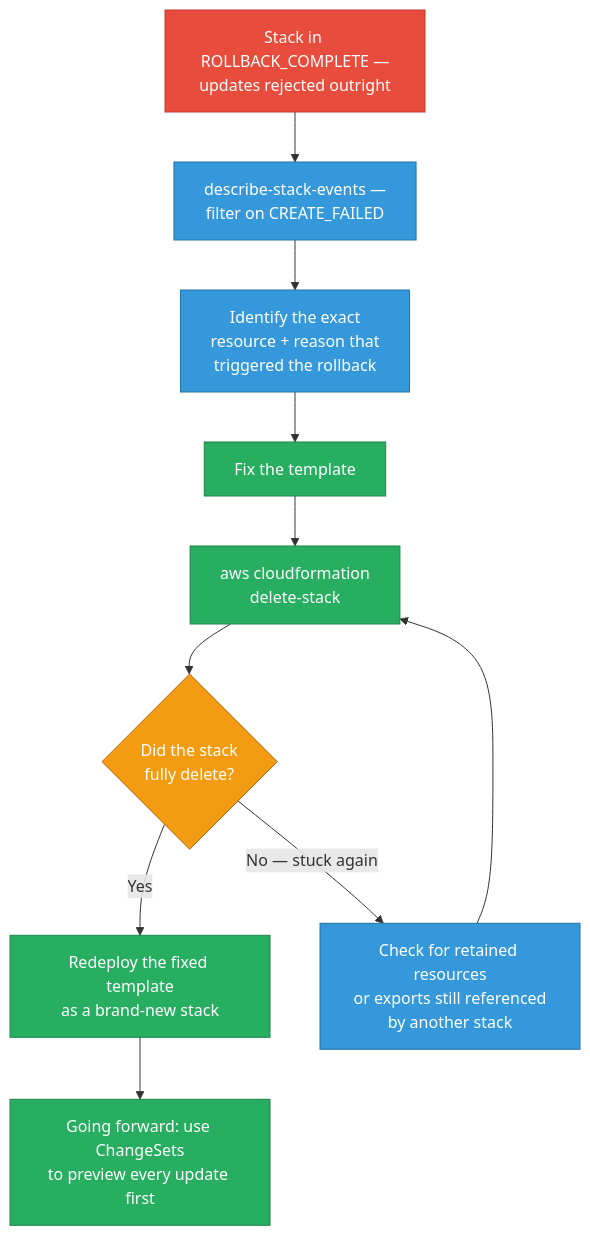
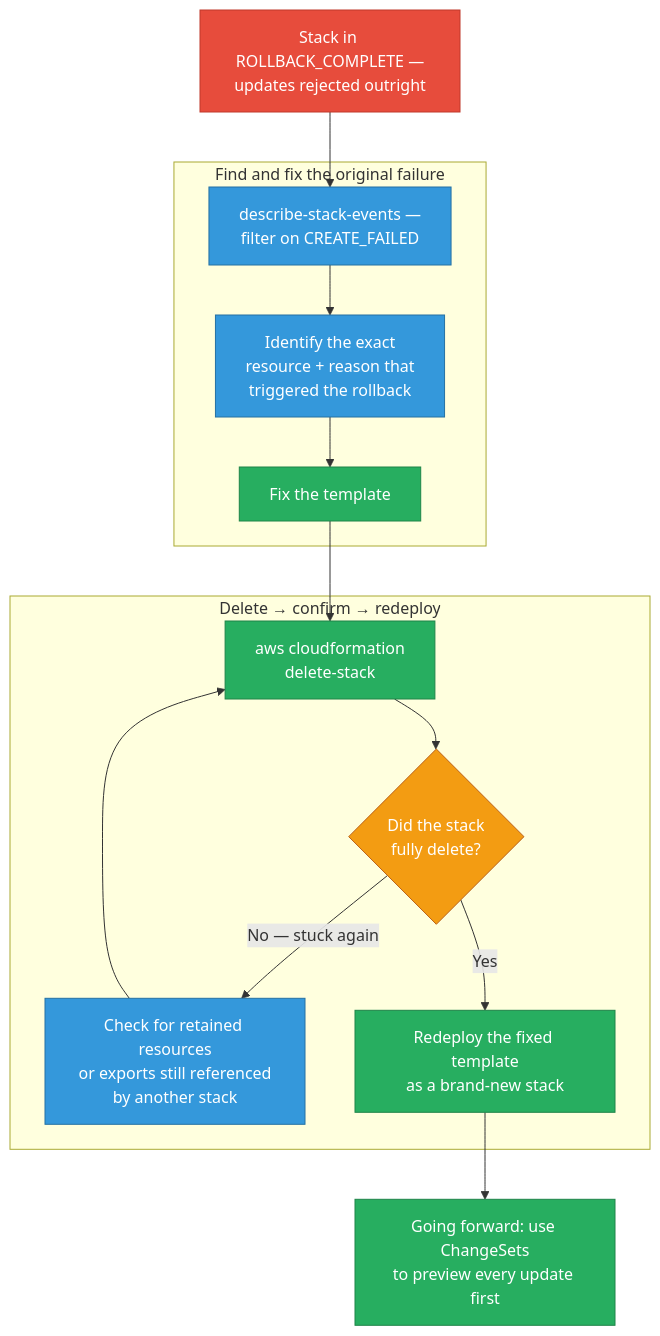
One commit to deepanshu-rawat6/DevOpsIndex changed the eighth of 8 diagrams in sre/iac-scenarios.md. Above: the diagram before and after it, drawn with Mermaid. The commit also changed other lines of this file and 7 other files, not shown here.

````diff
--- a/sre/iac-scenarios.md
+++ b/sre/iac-scenarios.md
@@ -518,19 +540,24 @@
 ```mermaid
 flowchart TD
     classDef err fill:#e74c3c,stroke:#c0392b,color:#fff
     classDef decision fill:#f39c12,stroke:#ba6018,color:#fff
     classDef fix fill:#27ae60,stroke:#1e8449,color:#fff
     classDef verify fill:#3498db,stroke:#2471a3,color:#fff
 
     STUCK["Stack in ROLLBACK_COMPLETE —<br/>updates rejected outright"]:::err --> EVENTS["describe-stack-events —<br/>filter on CREATE_FAILED"]:::verify
-    EVENTS --> ROOTCAUSE["Identify the exact<br/>resource + reason that<br/>triggered the rollback"]:::verify
-    ROOTCAUSE --> FIXTPL["Fix the template"]:::fix
-    FIXTPL --> DELETE["aws cloudformation<br/>delete-stack"]:::fix
-    DELETE --> GONE{"Did the stack<br/>fully delete?"}:::decision
 
-    GONE -->|Yes| REDEPLOY["Redeploy the fixed template<br/>as a brand-new stack"]:::fix
-    GONE -->|"No — stuck again"| RETAINED["Check for retained resources<br/>or exports still referenced<br/>by another stack"]:::verify
-    RETAINED --> DELETE
+    subgraph DIAGNOSE["Find and fix the original failure"]
+        EVENTS --> ROOTCAUSE["Identify the exact<br/>resource + reason that<br/>triggered the rollback"]:::verify
+        ROOTCAUSE --> FIXTPL["Fix the template"]:::fix
+    end
+
+    subgraph DELETECYCLE["Delete → confirm → redeploy"]
+        FIXTPL --> DELETE["aws cloudformation<br/>delete-stack"]:::fix
+        DELETE --> GONE{"Did the stack<br/>fully delete?"}:::decision
+        GONE -->|"No — stuck again"| RETAINED["Check for retained resources<br/>or exports still referenced<br/>by another stack"]:::verify
+        RETAINED --> DELETE
+        GONE -->|Yes| REDEPLOY["Redeploy the fixed template<br/>as a brand-new stack"]:::fix
+    end
 
     REDEPLOY --> CHANGESETS["Going forward: use ChangeSets<br/>to preview every update first"]:::fix
 ```
````
